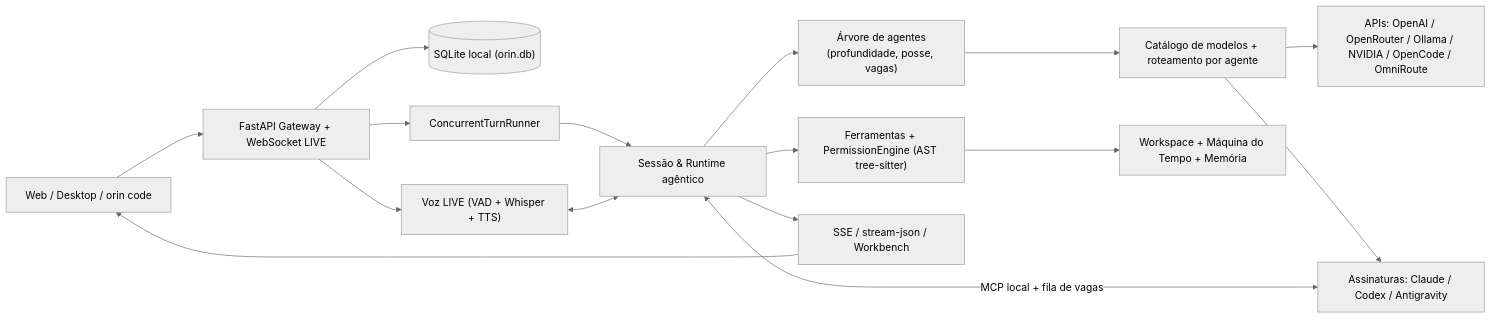
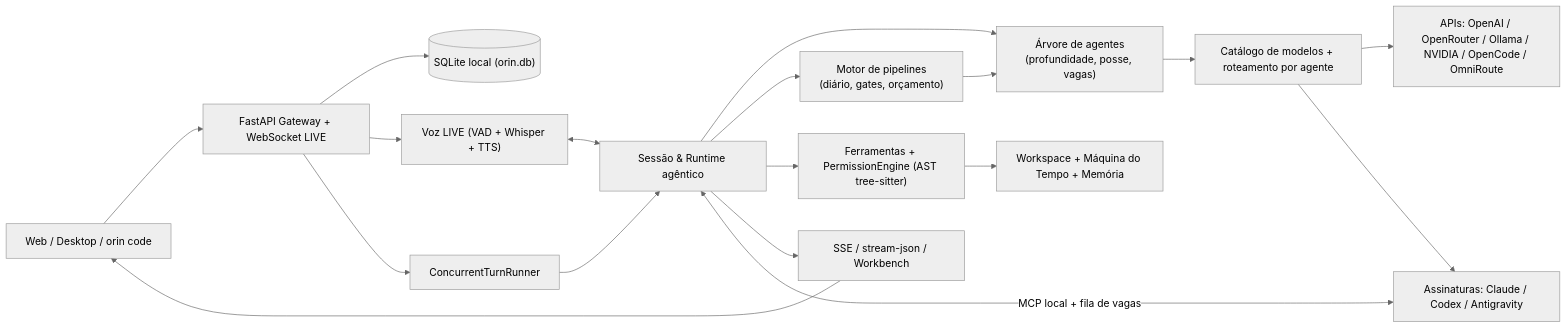
Before and after one commit to carlos-edu2367/orin: the second of 2 diagrams in README.md, drawn with Mermaid (neutral theme). The commit also changed other lines of this file, not shown here.

Commit message:
docs(readme): novidades da 0.13 (pipelines, /goal, cota em tempo real, verificacao, worktrees) e serie 0.12 recolhida

````diff
--- a/README.md
+++ b/README.md
@@ -349,18 +370,20 @@
 ```mermaid
 flowchart LR
     U["Web / Desktop / orin code"] --> G["FastAPI Gateway + WebSocket LIVE"]
     G --> DB[("SQLite local (orin.db)")]
     G --> L["Voz LIVE (VAD + Whisper + TTS)"]
     G --> P["ConcurrentTurnRunner"]
     P --> R["Sessão & Runtime agêntico"]
     L <--> R
     R --> T["Árvore de agentes<br/>(profundidade, posse, vagas)"]
+    R --> PL["Motor de pipelines<br/>(diário, gates, orçamento)"]
+    PL --> T
     T --> M["Catálogo de modelos + roteamento por agente"]
     M --> API["APIs: OpenAI / OpenRouter / Ollama / NVIDIA / OpenCode / OmniRoute"]
     M --> CLI["Assinaturas: Claude / Codex / Antigravity"]
     CLI <-->|"MCP local + fila de vagas"| R
     R --> TR["Ferramentas + PermissionEngine (AST tree-sitter)"]
     TR --> WS["Workspace + Máquina do Tempo + Memória"]
     R --> A["SSE / stream-json / Workbench"]
     A --> U
 ```
````
